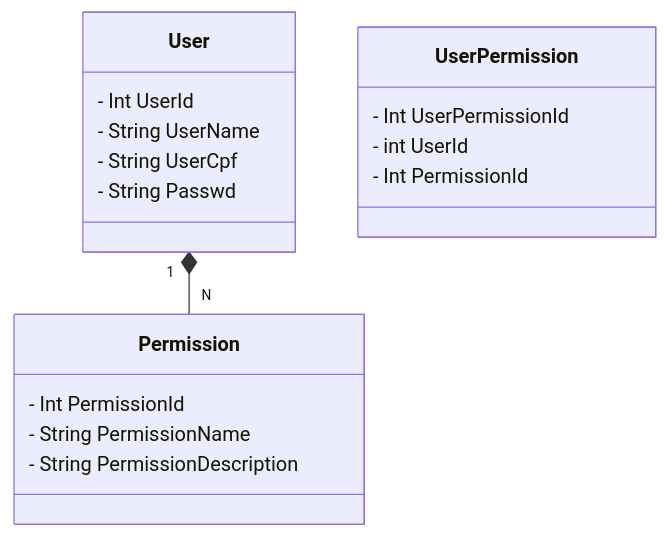
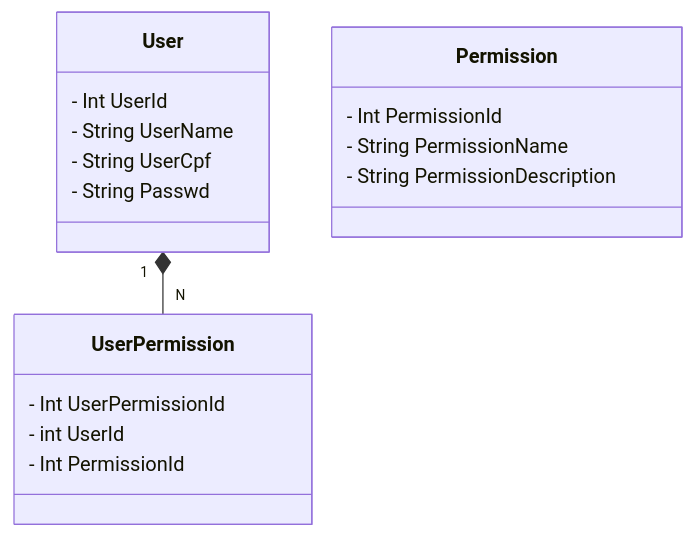
The diagram in README.md (rohilario/dotnetwebapi), drawn with Mermaid before and after one commit.

````diff
--- a/README.md
+++ b/README.md
@@ -30,26 +30,26 @@
 ``` mermaid
 
 classDiagram
   class User {
     - Int UserId
     - String UserName
     - String UserCpf
     - String Passwd
   }
 
   class Permission {
     - Int PermissionId
     - String PermissionName
     - String PermissionDescription
   }
 
   class UserPermission {
     - Int UserPermissionId
     - int UserId
     - Int PermissionId
   }
 
-  User "1" *-- "N" Permission
-
+  User "1" *-- "N" UserPermission
+  
 
 ```
````
